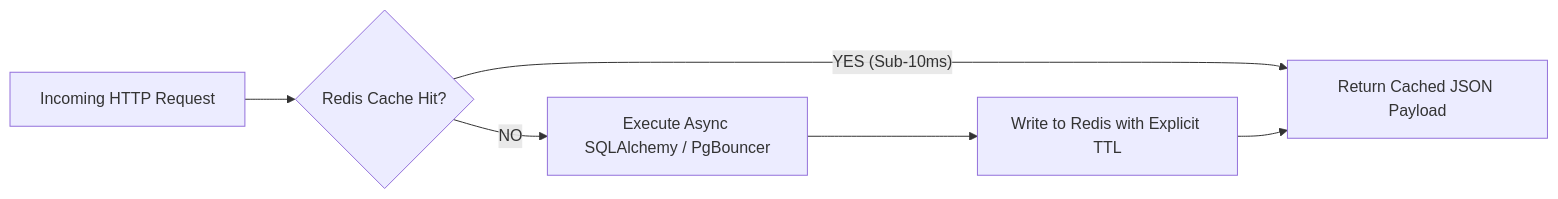
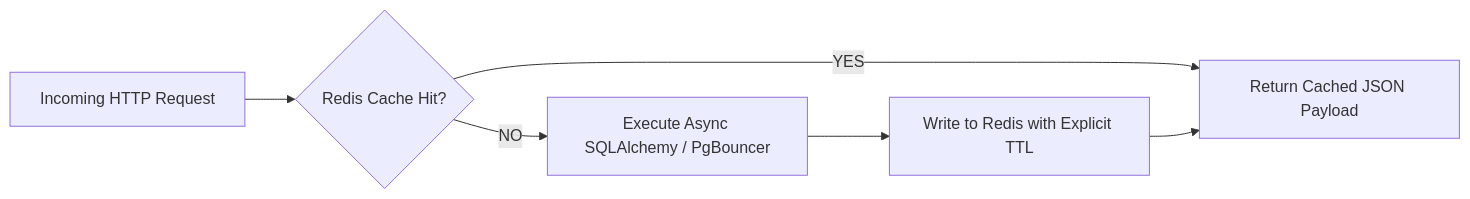
One commit to sheikhayaan/CareerGPS changed the fifth of 6 diagrams in README.md. Above: the diagram before and after it, drawn with Mermaid. The commit also changed other lines of this file and 4 other files, not shown here.

Commit message:
docs(readme): add high-res animated glowing tree, pie chart, salary histogram, and DAG SVGs

````diff
--- a/README.md
+++ b/README.md
@@ -380,8 +395,8 @@
 ```mermaid
 flowchart LR
     Req["Incoming HTTP Request"] --> CacheCheck{"Redis Cache Hit?"}
-    CacheCheck -- YES (Sub-10ms) --> Ret["Return Cached JSON Payload"]
+    CacheCheck -- YES --> Ret["Return Cached JSON Payload"]
     CacheCheck -- NO --> DB["Execute Async SQLAlchemy / PgBouncer"]
     DB --> WriteCache["Write to Redis with Explicit TTL"]
     WriteCache --> Ret
 ```
````
